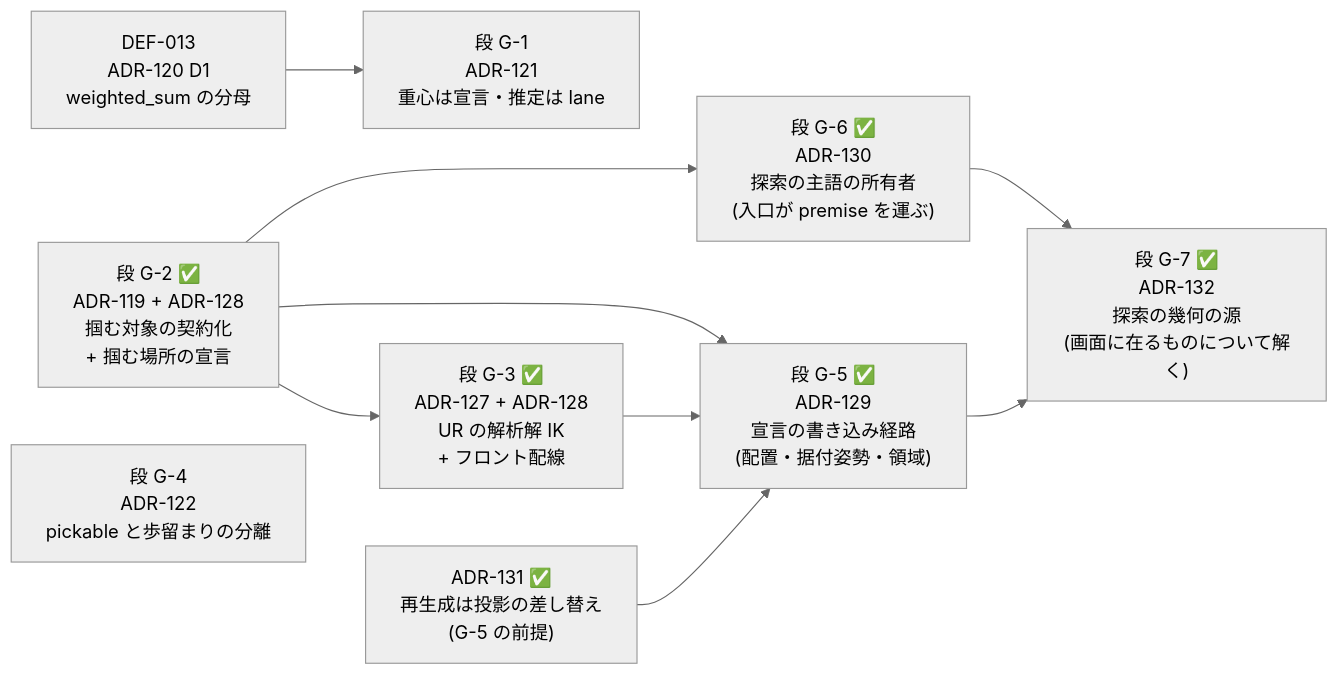
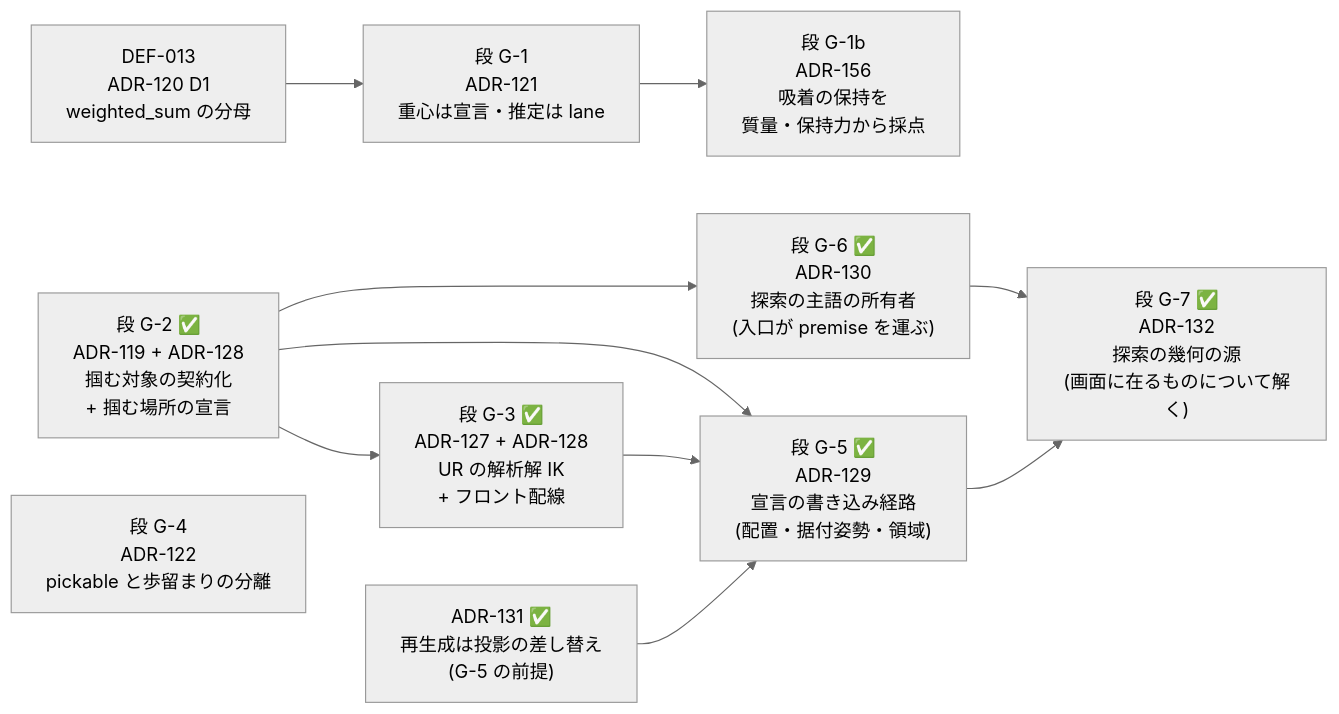
The diagram in docs/grasp/implementation-order.md (yuubae215/easy-extrude), drawn with Mermaid (neutral theme) before and after one commit. The commit also changed other lines of this file and 9 other files, not shown here.

````diff
--- a/docs/grasp/implementation-order.md
+++ b/docs/grasp/implementation-order.md
@@ -27,18 +27,20 @@
 ```mermaid
 graph LR
   D13["DEF-013<br/>ADR-120 D1<br/>weighted_sum の分母"] --> S1
   S1["段 G-1<br/>ADR-121<br/>重心は宣言・推定は lane"]
+  S1 --> S1B
+  S1B["段 G-1b<br/>ADR-156<br/>吸着の保持を<br/>質量・保持力から採点"]
   S2["段 G-2 ✅<br/>ADR-119 + ADR-128<br/>掴む対象の契約化<br/>+ 掴む場所の宣言"]
   S3["段 G-4<br/>ADR-122<br/>pickable と歩留まりの分離"]
   S2 --> S4
   S4["段 G-3 ✅<br/>ADR-127 + ADR-128<br/>UR の解析解 IK<br/>+ フロント配線"]
   S2 --> S5
   S4 --> S5
   S5["段 G-5 ✅<br/>ADR-129<br/>宣言の書き込み経路<br/>(配置・据付姿勢・領域)"]
   S2 --> S6
   S5P["ADR-131 ✅<br/>再生成は投影の差し替え<br/>(G-5 の前提)"] --> S5
   S6["段 G-6 ✅<br/>ADR-130<br/>探索の主語の所有者<br/>(入口が premise を運ぶ)"]
   S6 --> S7
   S5 --> S7
   S7["段 G-7 ✅<br/>ADR-132<br/>探索の幾何の源<br/>(画面に在るものについて解く)"]
 ```
````
